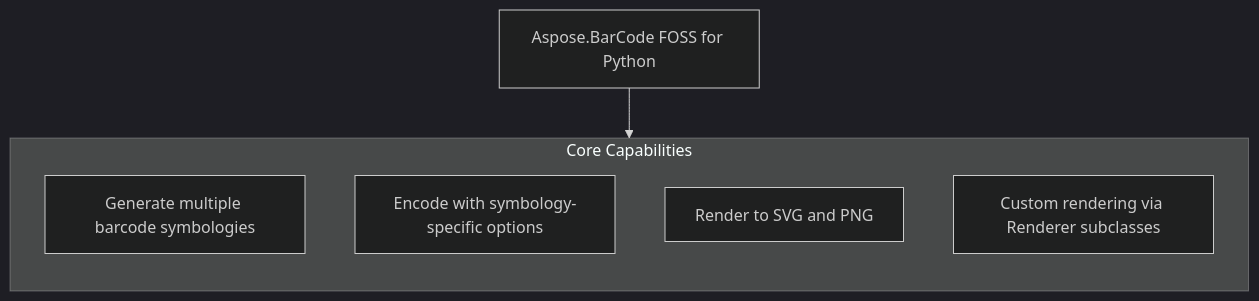
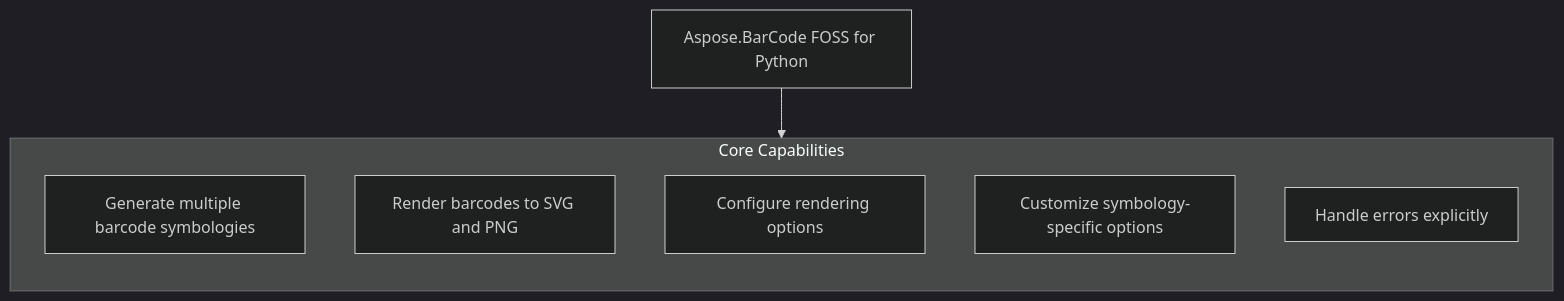
One commit to babar-raza/repository-presenter changed the diagram in candidates/aspose-barcode-foss__Aspose.BarCode-FOSS-for-Python/06eca5c01e13ed6d59a640f1cf330c1c5a57d151/README.md. Above: the diagram before and after it, drawn with Mermaid (dark theme). The commit also changed other lines of this file and 16 other files, not shown here.

````diff
--- a/candidates/aspose-barcode-foss__Aspose.BarCode-FOSS-for-Python/06eca5c01e13ed6d59a640f1cf330c1c5a57d151/README.md
+++ b/candidates/aspose-barcode-foss__Aspose.BarCode-FOSS-for-Python/06eca5c01e13ed6d59a640f1cf330c1c5a57d151/README.md
@@ -25,12 +25,13 @@
 ```mermaid
 flowchart TD
   PRODUCT["Aspose.BarCode FOSS for Python"]
   subgraph Capabilities["Core Capabilities"]
     direction TB
     c1["Generate multiple barcode symbologies"]
-    c2["Encode with symbology-specific options"]
-    c3["Render to SVG and PNG"]
-    c4["Custom rendering via Renderer subclasses"]
+    c2["Render barcodes to SVG and PNG"]
+    c3["Configure rendering options"]
+    c4["Customize symbology-specific options"]
+    c5["Handle errors explicitly"]
   end
   PRODUCT --> Capabilities
 ```
````
